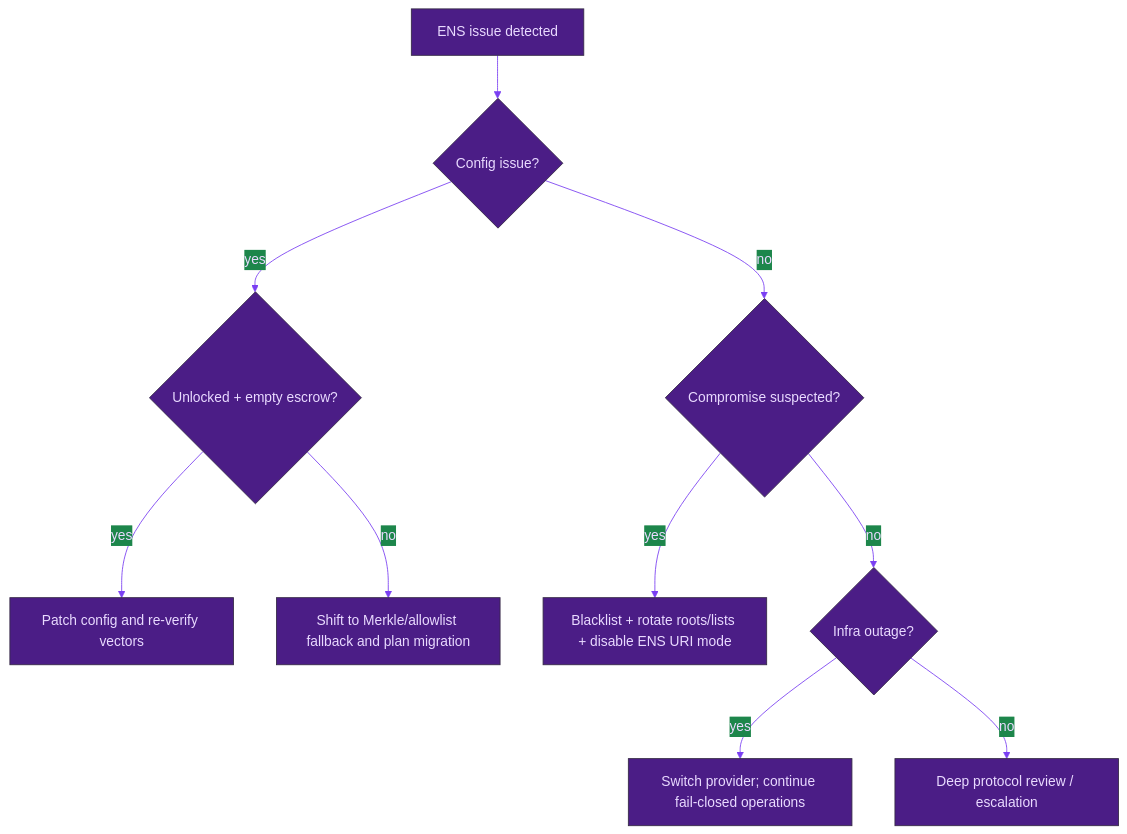
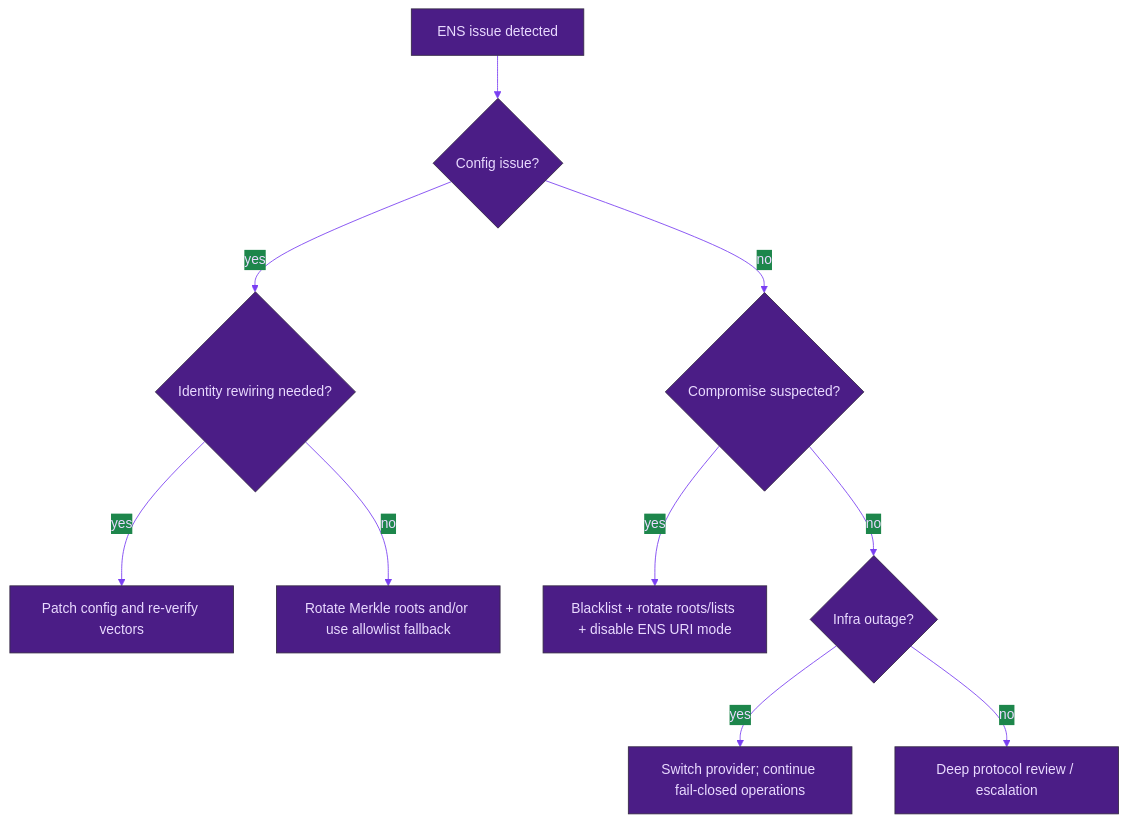
Before and after one commit to MontrealAI/AGIJobManager: the first of 2 diagrams in docs/INTEGRATIONS/ENS_ROBUSTNESS.md, drawn with Mermaid. The commit also changed other lines of this file and 2 other files, not shown here.

Commit message:
docs/tests: align ENS ops guidance with durable merkle rotation

````diff
--- a/docs/INTEGRATIONS/ENS_ROBUSTNESS.md
+++ b/docs/INTEGRATIONS/ENS_ROBUSTNESS.md
@@ -44,18 +47,18 @@
 ```mermaid
 %%{init: {"theme":"base","themeVariables":{
 "fontFamily":"ui-sans-serif, system-ui, -apple-system, Segoe UI, Roboto, Arial",
 "background":"#14001F","primaryColor":"#4B1D86","primaryTextColor":"#E9DAFF",
 "lineColor":"#7A3FF2","tertiaryColor":"#1B0B2A",
 "noteBkgColor":"#1B0B2A","noteTextColor":"#E9DAFF"
 }}}%%
 flowchart TD
     A[ENS issue detected] --> B{Config issue?}
-    B -->|yes| C{Unlocked + empty escrow?}
+    B -->|yes| C{Identity rewiring needed?}
     C -->|yes| D[Patch config and re-verify vectors]
-    C -->|no| E[Shift to Merkle/allowlist fallback and plan migration]
+    C -->|no| E[Rotate Merkle roots and/or use allowlist fallback]
     B -->|no| F{Compromise suspected?}
     F -->|yes| G[Blacklist + rotate roots/lists + disable ENS URI mode]
     F -->|no| H{Infra outage?}
     H -->|yes| I[Switch provider; continue fail-closed operations]
     H -->|no| J[Deep protocol review / escalation]
 ```
````
